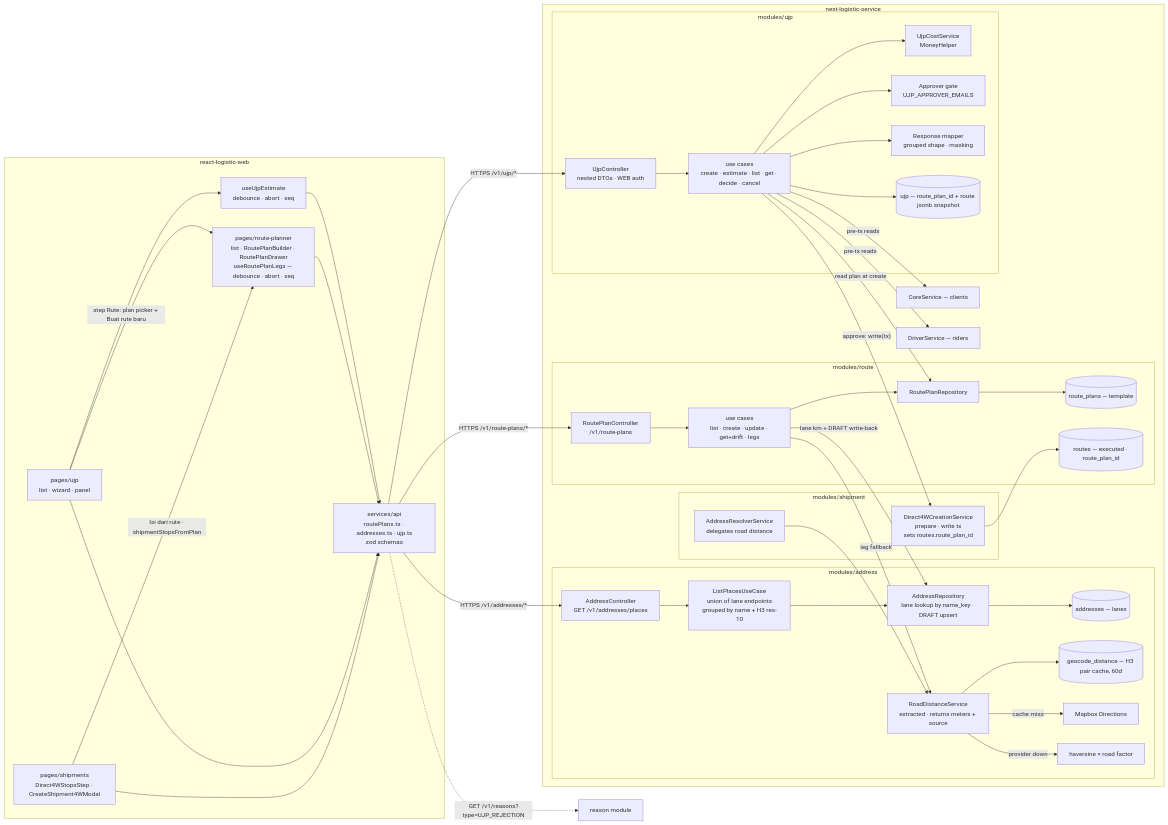
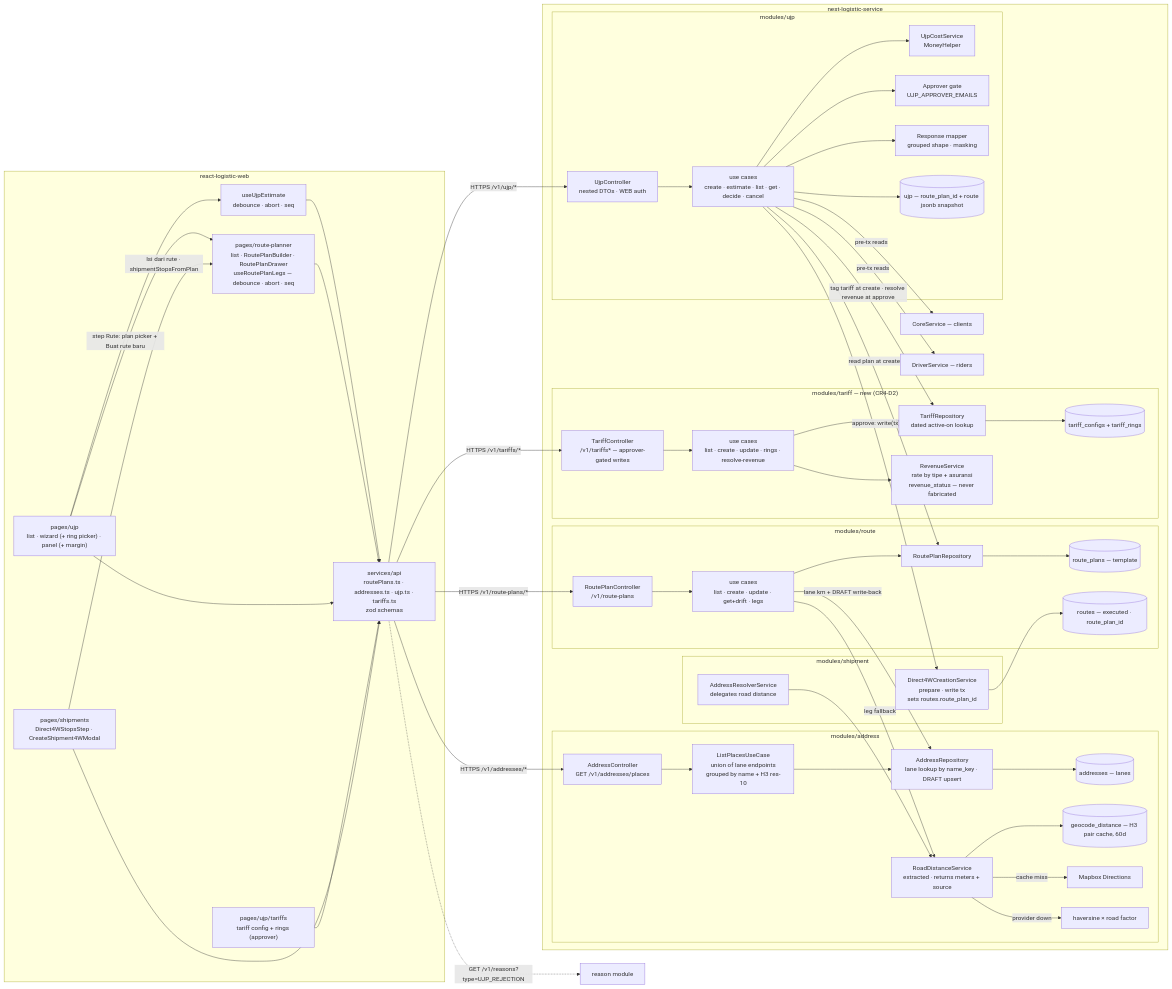
Before and after one commit to dash-electric/logistic-knowledge-vault: the second of 11 diagrams in docs/modules/ujp/ujp-trd-v3.md, drawn with Mermaid. The commit also changed other lines of this file and 2 other files, not shown here.

First line of the commit message:
docs(ujp): CR-4 pricing — PRD/TRD + ERD

````diff
--- a/docs/modules/ujp/ujp-trd-v3.md
+++ b/docs/modules/ujp/ujp-trd-v3.md
@@ -79,68 +82,81 @@
 ```mermaid
 flowchart LR
   subgraph web["react-logistic-web"]
     RP["pages/route-planner<br/>list · RoutePlanBuilder · RoutePlanDrawer<br/>useRoutePlanLegs — debounce · abort · seq"]
-    UJPW["pages/ujp<br/>list · wizard · panel"]
+    UJPW["pages/ujp<br/>list · wizard (+ ring picker) · panel (+ margin)"]
+    TRF["pages/ujp/tariffs<br/>tariff config + rings (approver)"]
     SHW["pages/shipments<br/>Direct4WStopsStep · CreateShipment4WModal"]
     EST["useUjpEstimate<br/>debounce · abort · seq"]
-    SVC["services/api<br/>routePlans.ts · addresses.ts · ujp.ts<br/>zod schemas"]
+    SVC["services/api<br/>routePlans.ts · addresses.ts · ujp.ts · tariffs.ts<br/>zod schemas"]
     UJPW -->|"step Rute: plan picker + Buat rute baru"| RP
     SHW -->|"Isi dari rute · shipmentStopsFromPlan"| RP
     UJPW --> EST --> SVC
     RP --> SVC
     UJPW --> SVC
+    TRF --> SVC
     SHW --> SVC
   end
   subgraph nest["nest-logistic-service"]
     subgraph addr["modules/address"]
       AC["AddressController<br/>GET /v1/addresses/places"]
       APLACES["ListPlacesUseCase<br/>union of lane endpoints<br/>grouped by name + H3 res-10"]
       AREPO["AddressRepository<br/>lane lookup by name_key · DRAFT upsert"]
       RDS["RoadDistanceService<br/>extracted · returns meters + source"]
       AT[("addresses — lanes")]
       GEO[("geocode_distance — H3 pair cache, 60d")]
       AC --> APLACES --> AREPO --> AT
       RDS --> GEO
       RDS -->|"cache miss"| MBX["Mapbox Directions"]
       RDS -->|"provider down"| HAV["haversine × road factor"]
     end
     subgraph rt["modules/route"]
       RPC["RoutePlanController<br/>/v1/route-plans"]
       RPUC["use cases<br/>list · create · update · get+drift · legs"]
       RPREPO["RoutePlanRepository"]
       RPT[("route_plans — template")]
       ROUT[("routes — executed · route_plan_id")]
       RPC --> RPUC --> RPREPO --> RPT
       RPUC -->|"lane km + DRAFT write-back"| AREPO
       RPUC -->|"leg fallback"| RDS
     end
+    subgraph trf["modules/tariff — new (CR4-D2)"]
+      TCC["TariffController<br/>/v1/tariffs* — approver-gated writes"]
+      TUC["use cases<br/>list · create · update · rings · resolve-revenue"]
+      TREPO["TariffRepository<br/>dated active-on lookup"]
+      RSVC["RevenueService<br/>rate by tipe + asuransi<br/>revenue_status — never fabricated"]
+      TT[("tariff_configs + tariff_rings")]
+      TCC --> TUC --> TREPO --> TT
+      TUC --> RSVC
+    end
     subgraph ship["modules/shipment"]
       D4W["Direct4WCreationService<br/>prepare · write tx<br/>sets routes.route_plan_id"]
       ARS["AddressResolverService<br/>delegates road distance"]
       D4W --> ROUT
       ARS --> RDS
     end
     subgraph ujpm["modules/ujp"]
       C["UjpController<br/>nested DTOs · WEB auth"]
       UC["use cases<br/>create · estimate · list · get · decide · cancel"]
       COST["UjpCostService<br/>MoneyHelper"]
       GATE["Approver gate<br/>UJP_APPROVER_EMAILS"]
       MASK["Response mapper<br/>grouped shape · masking"]
       UT[("ujp — route_plan_id + route jsonb snapshot")]
       C --> UC --> COST
       UC --> GATE
       UC --> MASK
       UC --> UT
       UC -->|"read plan at create"| RPREPO
+      UC -->|"tag tariff at create · resolve revenue at approve"| TREPO
       UC -->|"approve: write(tx)"| D4W
     end
     CORE["CoreService — clients"]
     DRV["DriverService — riders"]
     UC -->|pre-tx reads| CORE
     UC -->|pre-tx reads| DRV
   end
   SVC -->|"HTTPS /v1/route-plans/*"| RPC
   SVC -->|"HTTPS /v1/addresses/*"| AC
+  SVC -->|"HTTPS /v1/tariffs/*"| TCC
   SVC -->|"HTTPS /v1/ujp/*"| C
   SVC -.->|"GET /v1/reasons?type=UJP_REJECTION"| RSN["reason module"]
 ```
````
